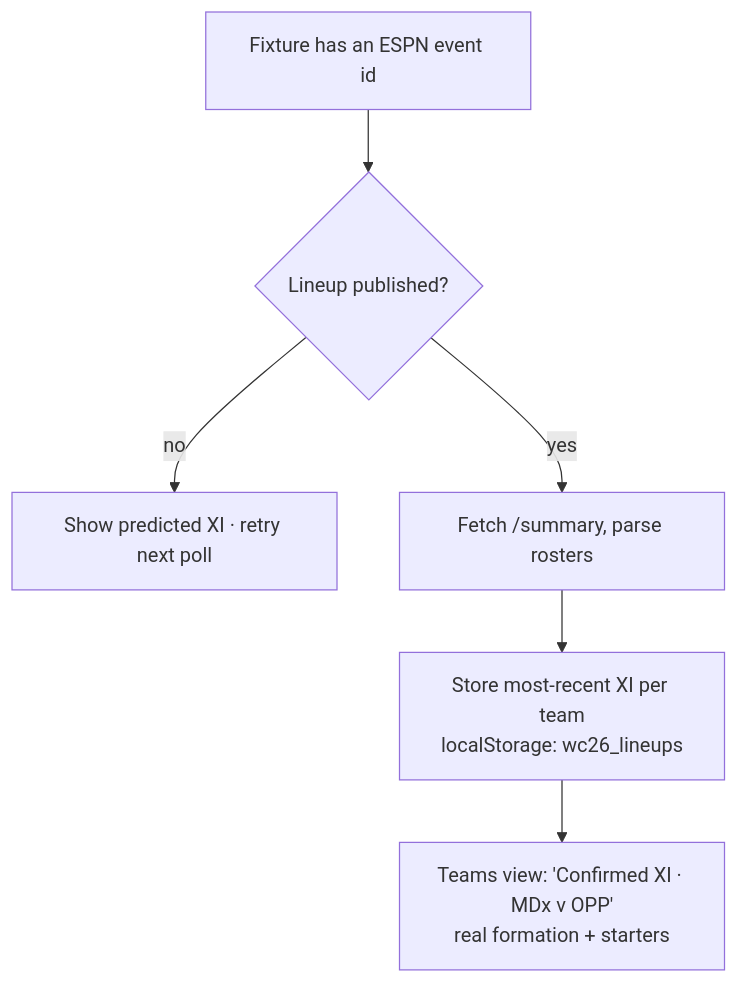
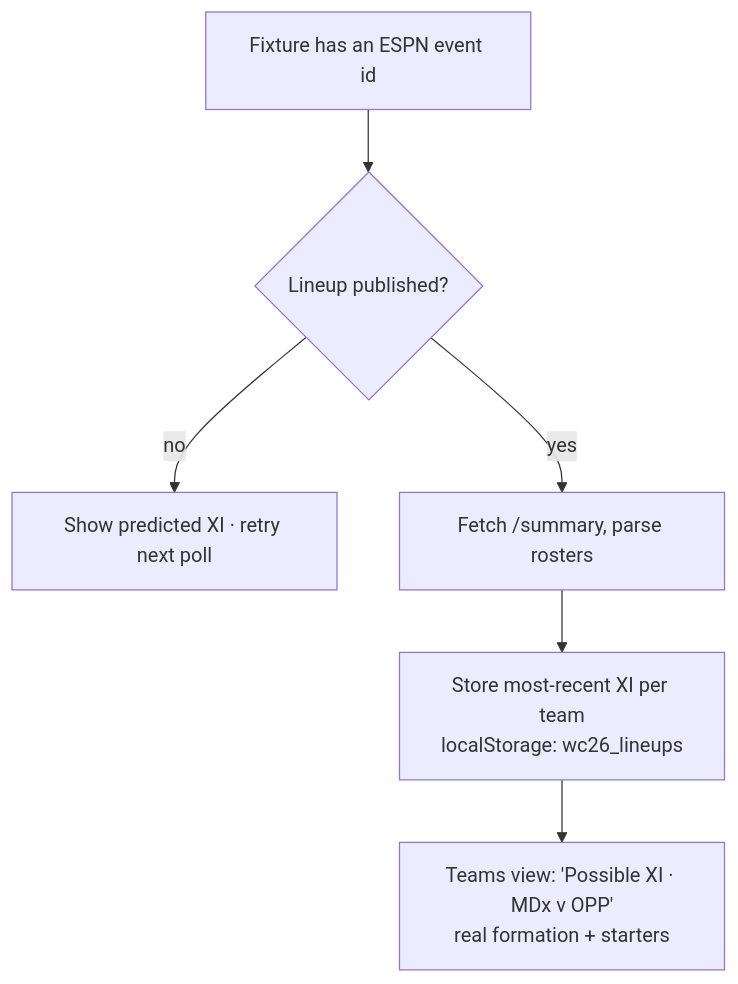
Before and after one commit to kaimrdth/WC2026: the third of 4 diagrams in README.md, drawn with Mermaid. The commit also changed other lines of this file and 1 other file, not shown here.

````diff
--- a/README.md
+++ b/README.md
@@ -160,8 +169,8 @@
 ```mermaid
 flowchart TD
     A[Fixture has an ESPN event id] --> B{Lineup published?}
     B -- no --> C[Show predicted XI · retry next poll]
     B -- yes --> D[Fetch /summary, parse rosters]
     D --> E[Store most-recent XI per team<br/>localStorage: wc26_lineups]
-    E --> F["Teams view: 'Confirmed XI · MDx v OPP'<br/>real formation + starters"]
+    E --> F["Teams view: 'Possible XI · MDx v OPP'<br/>real formation + starters"]
 ```
````
